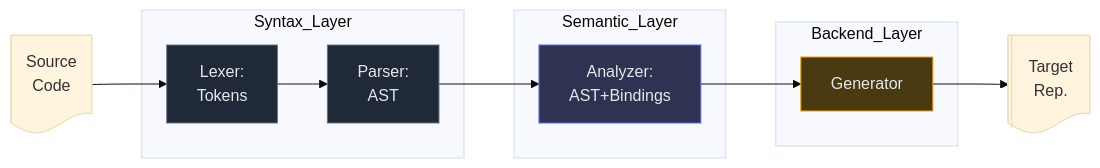
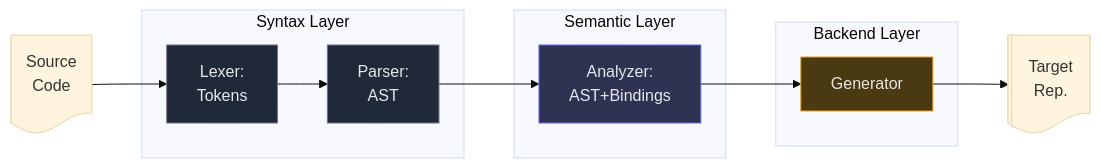
Before and after one commit to josephhilby/FreshlyGround: the diagram in docs/01_pipeline.md, drawn with Mermaid (base theme). The commit also changed other lines of this file and 7 other files, not shown here.

````diff
--- a/docs/01_pipeline.md
+++ b/docs/01_pipeline.md
@@ -22,36 +22,36 @@
 ```mermaid
 flowchart LR
 
 Source@{ shape: doc, label: "Source\nCode" }
 
-subgraph Syntax_Layer
+subgraph syntax["Syntax Layer"]
     Lexer["Lexer:\nTokens"]
     Parser["Parser:\nAST"]
 end
 
-subgraph Semantic_Layer
+subgraph semantic["Semantic Layer"]
     Analyzer["Analyzer:\nAST+Bindings"]
 end
 
-subgraph Backend_Layer
+subgraph backend["Backend Layer"]
     Generator["Generator"]
 end
 
 Target@{ shape: lin-doc, label: "Target\nRep." }
 
 Source --> Lexer
 Lexer --> Parser
 Parser --> Analyzer
 Analyzer --> Generator
 Generator --> Target
 
 %% Layer coloring
 
 classDef syntax fill:#1f2937,stroke:#6b7280,color:#e5e7eb
 classDef semantic fill:#2f3352,stroke:#6366f1,color:#e5e7eb
 classDef backend fill:#4a3a12,stroke:#f59e0b,color:#e5e7eb
 
 class Lexer,Parser syntax
 class Analyzer semantic
 class Generator backend
 ```
````
